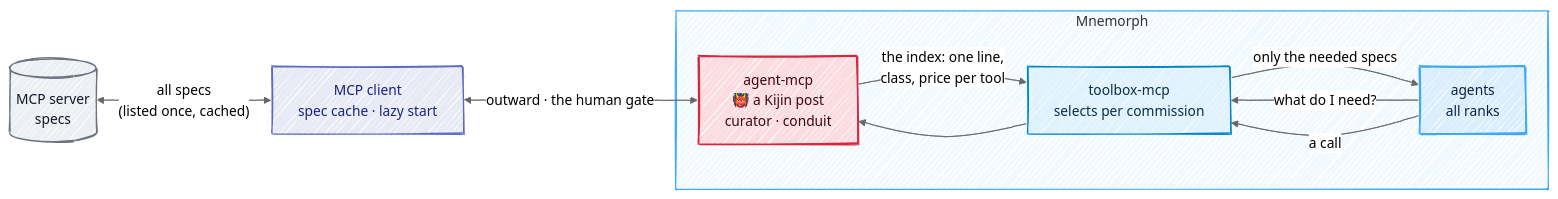
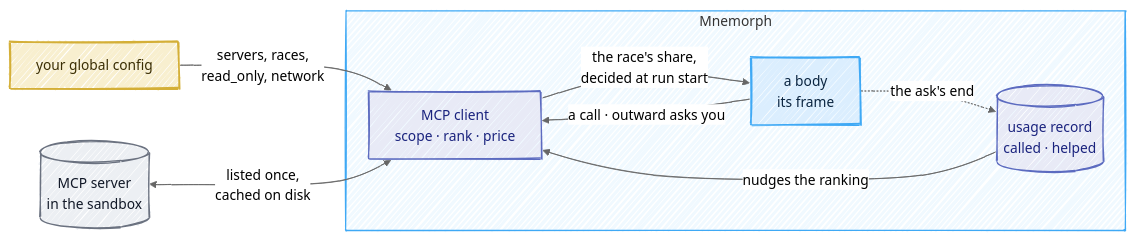
One commit to Kaginari/mnemorph changed the diagram in docs/07-mcp.md. Above: the diagram before and after it, drawn with Mermaid. The commit also changed other lines of this file and 36 other files, not shown here.

First line of the commit message:
an MCP client with race-scoped, ranked, deferred, priced and learned tools; security keys read from the global config only (refs #48)

````diff
--- a/docs/07-mcp.md
+++ b/docs/07-mcp.md
@@ -5,32 +5,27 @@
 ```mermaid
 ---
 config:
   look: handDrawn
   theme: neutral
   flowchart:
     wrappingWidth: 360
 ---
 flowchart LR
-    S[("MCP server<br/>specs")] <-->|"all specs<br/>(listed once, cached)"| C["MCP client<br/>spec cache · lazy start"]
+    H["your global config"] -->|"servers, races,<br/>read_only, network"| C
+    S[("MCP server<br/>in the sandbox")] <-->|"listed once,<br/>cached on disk"| C["MCP client<br/>scope · rank · price"]
     subgraph mnemorph["Mnemorph"]
-      K["agent-mcp<br/>👹 a Kijin post<br/>curator · conduit"]
-      T["toolbox-mcp<br/>selects per commission"]
-      A["agents<br/>all ranks"]
+      C -->|"the race's share,<br/>decided at run start"| A["a body<br/>its frame"]
+      A -->|"a call · outward asks you"| C
+      L[("usage record<br/>called · helped")] -->|"nudges the ranking"| C
+      A -. "the ask's end" .-> L
     end
-    C <-->|"outward · the human gate"| K
-    K -->|"the index: one line,<br/>class, price per tool"| T
-    A -->|"what do I need?"| T
-    T -->|"only the needed specs"| A
-    A -->|"a call"| T --> K
+    classDef human fill:#f8efcf,stroke:#D4AF37,stroke-width:2px,color:#3a2e05
+    class H human
     classDef outside fill:#eceff3,stroke:#6b7280,stroke-width:1.5px,color:#111827
     class S outside
     classDef store fill:#e8eaf6,stroke:#5c6bc0,stroke-width:1.5px,color:#1a237e
-    class C store
-    classDef kijin fill:#fbdde1,stroke:#D7263D,stroke-width:2px,color:#3d0710
-    class K kijin
-    classDef step fill:#e0f2fe,stroke:#0284c7,stroke-width:1.5px,color:#082f49
-    class T step
+    class C,L store
     classDef throne fill:#dbeefe,stroke:#3FA9F5,stroke-width:2px,color:#0b2540
     class A throne
     style mnemorph fill:#f0f9ff,stroke:#3FA9F5
 ```
````
